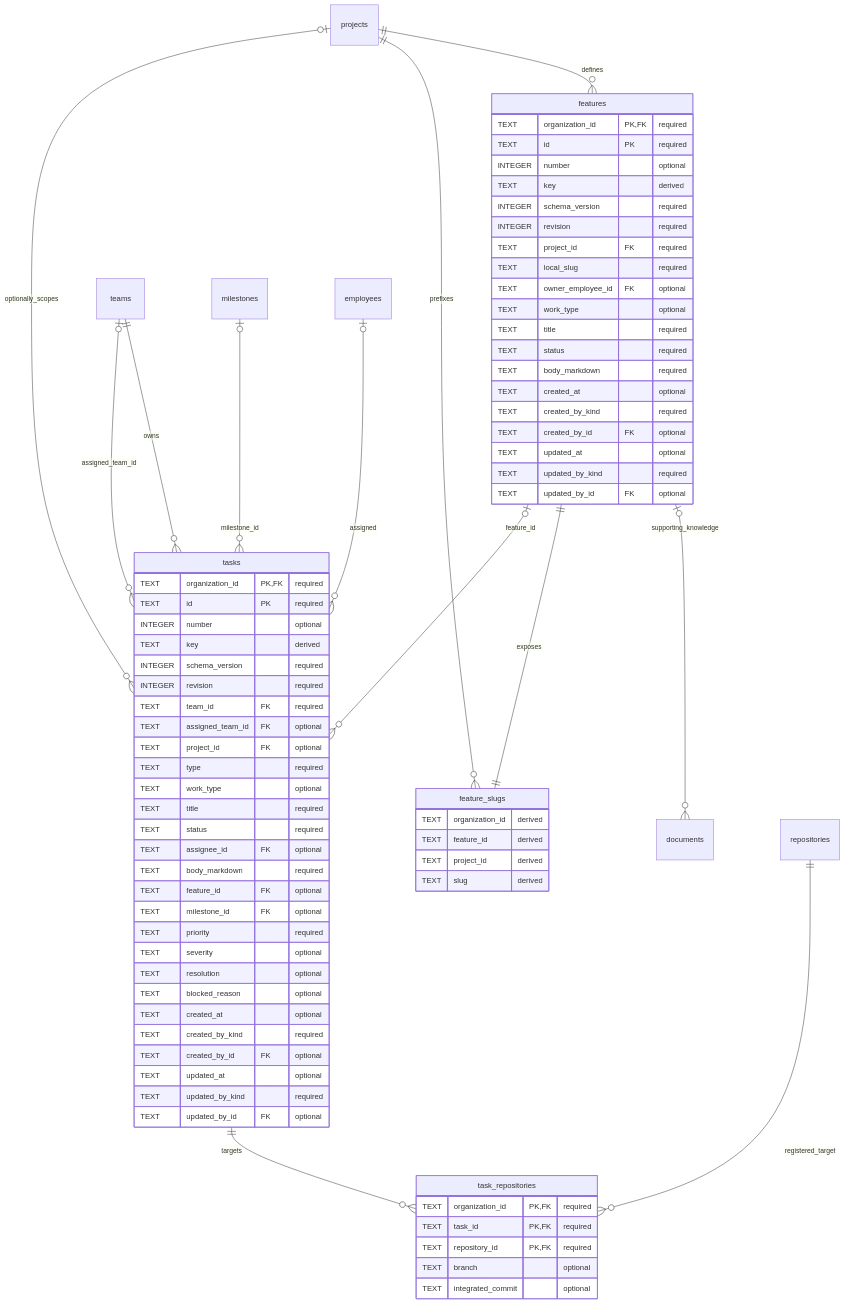
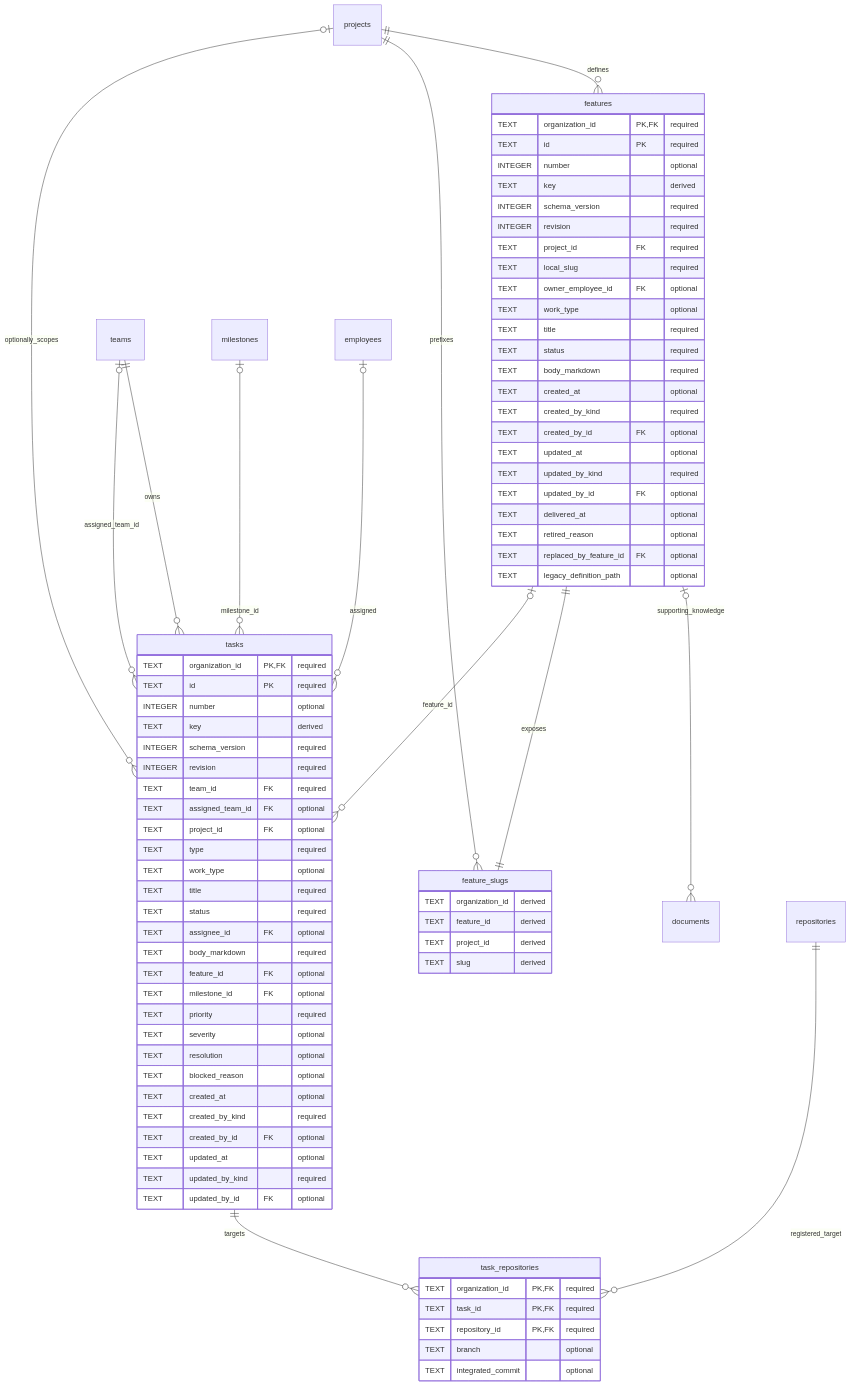
One commit to vgmello/agentic-org changed the first of 3 diagrams in docs/design/organization-data/03-features-and-work.md. Above: the diagram before and after it, drawn with Mermaid. The commit also changed other lines of this file and 13 other files, not shown here.

````diff
--- a/docs/design/organization-data/03-features-and-work.md
+++ b/docs/design/organization-data/03-features-and-work.md
@@ -9,78 +9,82 @@
 ```mermaid
 erDiagram
     projects ||--o{ features : defines
     features o|--o{ documents : supporting_knowledge
     projects ||--o{ feature_slugs : prefixes
     features ||--|| feature_slugs : exposes
     teams ||--o{ tasks : owns
     teams o|--o{ tasks : assigned_team_id
     projects o|--o{ tasks : optionally_scopes
     features o|--o{ tasks : feature_id
     milestones o|--o{ tasks : milestone_id
     employees o|--o{ tasks : assigned
     tasks ||--o{ task_repositories : targets
     repositories ||--o{ task_repositories : registered_target
     features {
         TEXT organization_id PK, FK "required"
         TEXT id PK "required"
         INTEGER number "optional"
         TEXT key "derived"
         INTEGER schema_version "required"
         INTEGER revision "required"
         TEXT project_id FK "required"
         TEXT local_slug "required"
         TEXT owner_employee_id FK "optional"
         TEXT work_type "optional"
         TEXT title "required"
         TEXT status "required"
         TEXT body_markdown "required"
         TEXT created_at "optional"
         TEXT created_by_kind "required"
         TEXT created_by_id FK "optional"
         TEXT updated_at "optional"
         TEXT updated_by_kind "required"
         TEXT updated_by_id FK "optional"
+        TEXT delivered_at "optional"
+        TEXT retired_reason "optional"
+        TEXT replaced_by_feature_id FK "optional"
+        TEXT legacy_definition_path "optional"
     }
     feature_slugs {
         TEXT organization_id "derived"
         TEXT feature_id "derived"
         TEXT project_id "derived"
         TEXT slug "derived"
     }
     tasks {
         TEXT organization_id PK, FK "required"
         TEXT id PK "required"
         INTEGER number "optional"
         TEXT key "derived"
         INTEGER schema_version "required"
         INTEGER revision "required"
         TEXT team_id FK "required"
         TEXT assigned_team_id FK "optional"
         TEXT project_id FK "optional"
         TEXT type "required"
         TEXT work_type "optional"
         TEXT title "required"
         TEXT status "required"
         TEXT assignee_id FK "optional"
         TEXT body_markdown "required"
         TEXT feature_id FK "optional"
         TEXT milestone_id FK "optional"
         TEXT priority "required"
         TEXT severity "optional"
         TEXT resolution "optional"
         TEXT blocked_reason "optional"
         TEXT created_at "optional"
         TEXT created_by_kind "required"
         TEXT created_by_id FK "optional"
         TEXT updated_at "optional"
         TEXT updated_by_kind "required"
         TEXT updated_by_id FK "optional"
     }
     task_repositories {
         TEXT organization_id PK, FK "required"
         TEXT task_id PK, FK "required"
         TEXT repository_id PK, FK "required"
         TEXT branch "optional"
         TEXT integrated_commit "optional"
     }
 ```
````
